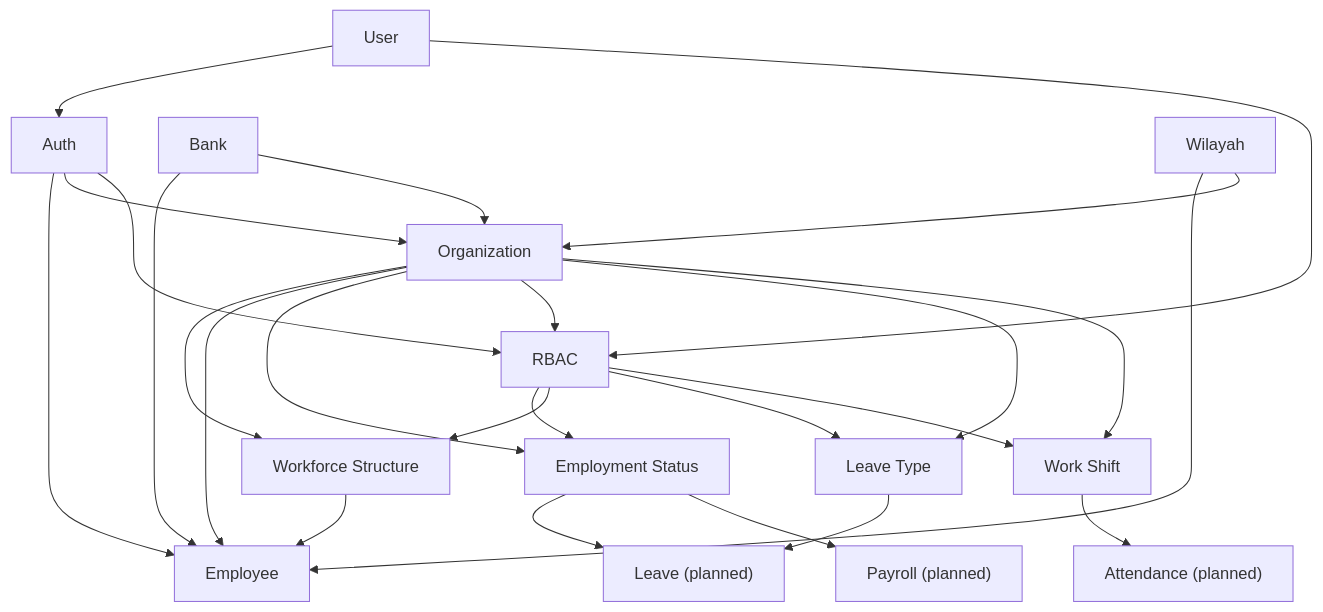
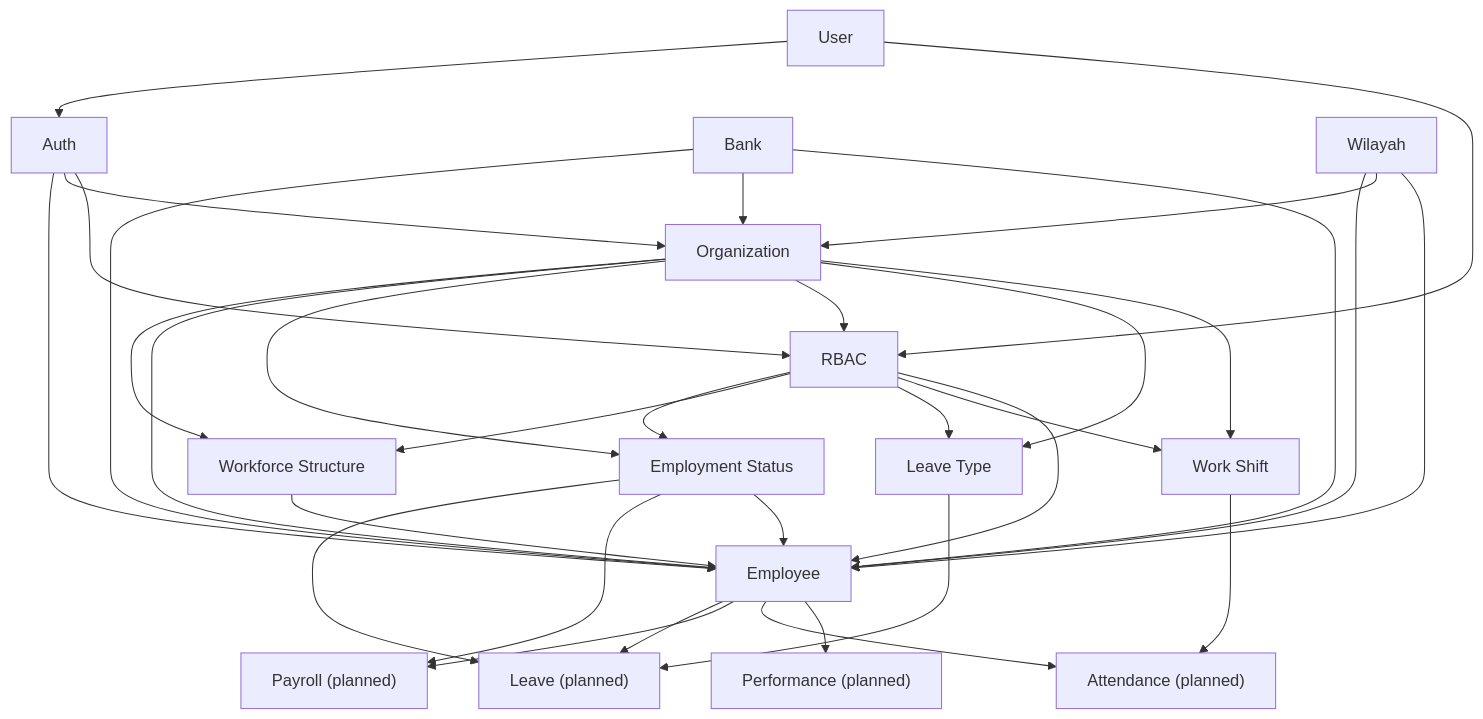
The diagram in PRD/README.md (bagusyanuar/hris-docs), drawn with Mermaid before and after one commit. The commit also changed other lines of this file and 10 other files, not shown here.

First line of the commit message:
docs(prd): add employee module PRD and update dependency graph

````diff
--- a/PRD/README.md
+++ b/PRD/README.md
@@ -30,27 +29,35 @@
 ```mermaid
 graph TD
     Organization --> WorkforceStructure["Workforce Structure"]
     Organization --> Employee
     Organization --> EmploymentStatus["Employment Status"]
     User --> Auth
     Auth --> Employee
     Auth --> Organization
     Bank --> Employee
     Bank --> Organization
     Wilayah --> Employee
     Wilayah --> Organization
     EmploymentStatus --> Leave["Leave (planned)"]
     EmploymentStatus --> Payroll["Payroll (planned)"]
     Auth --> RBAC
     User --> RBAC
     Organization --> RBAC
     RBAC --> EmploymentStatus
     RBAC --> WorkforceStructure
     WorkforceStructure --> Employee
     Organization --> LeaveType["Leave Type"]
     RBAC --> LeaveType
     LeaveType --> Leave
     Organization --> WorkShift["Work Shift"]
     RBAC --> WorkShift
     WorkShift --> Attendance["Attendance (planned)"]
+    EmploymentStatus --> Employee
+    Bank --> Employee
+    Wilayah --> Employee
+    RBAC --> Employee
+    Employee --> Leave["Leave (planned)"]
+    Employee --> Payroll
+    Employee --> Attendance
+    Employee --> Performance["Performance (planned)"]
 ```
````
